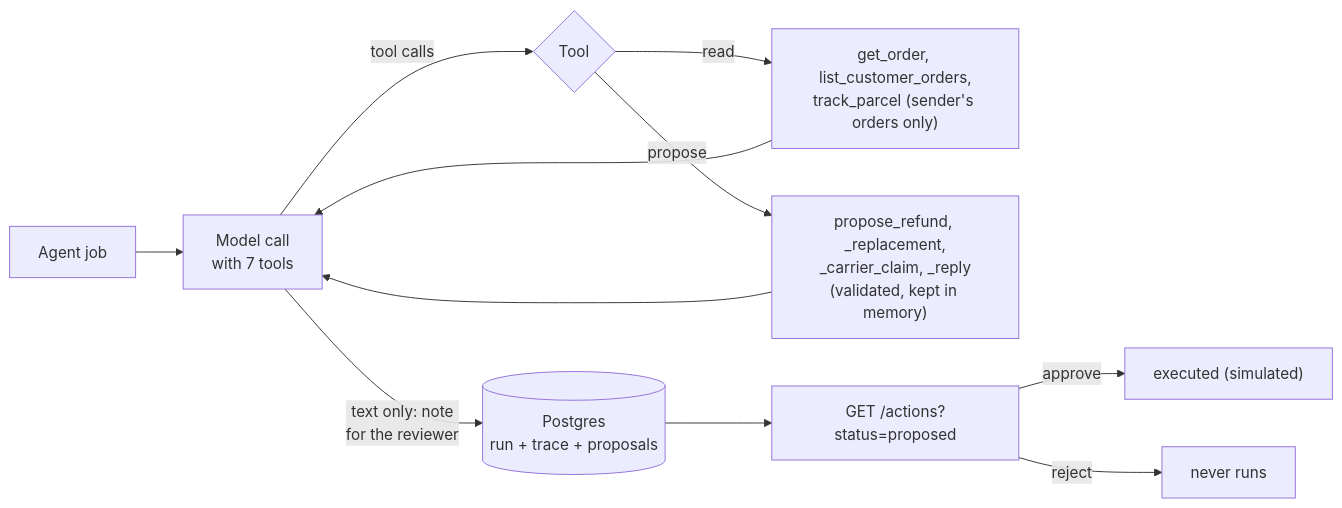
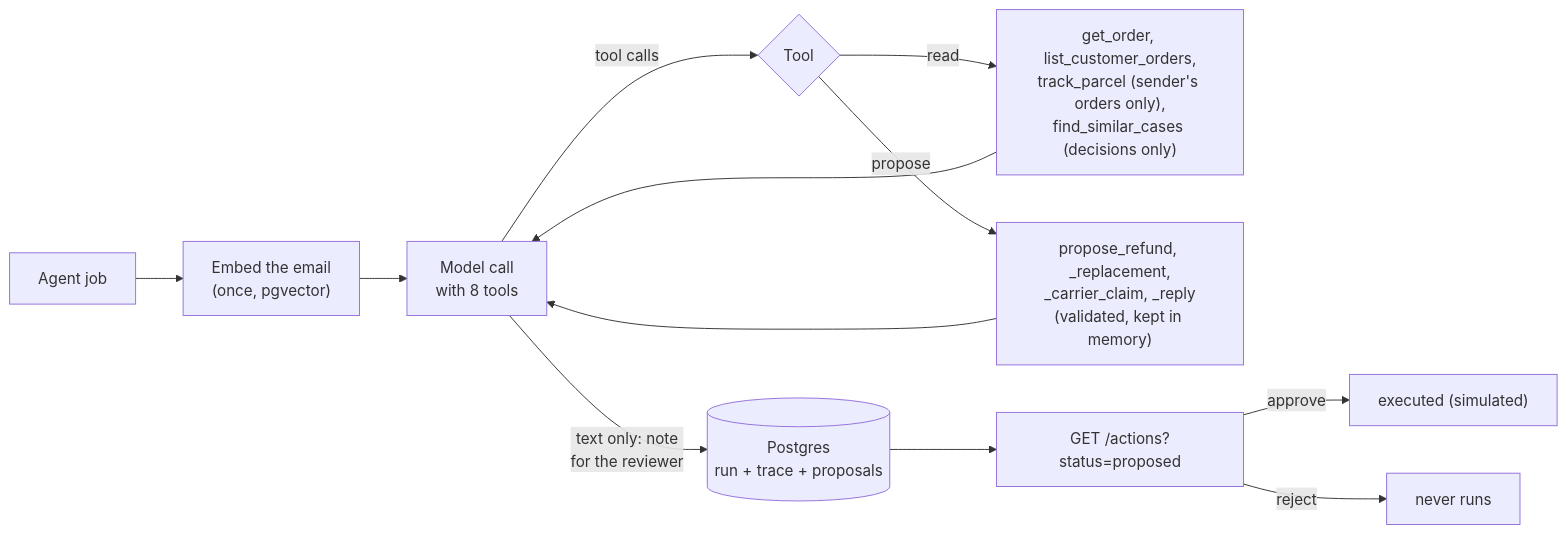
The third of 3 diagrams in README.md (djabirati/claimdesk), drawn with Mermaid before and after one commit. The commit also changed other lines of this file and 21 other files, not shown here.

````diff
--- a/README.md
+++ b/README.md
@@ -91,13 +92,14 @@
 ```mermaid
 flowchart LR
-    J[Agent job] --> M["Model call<br/>with 7 tools"]
+    J[Agent job] --> E["Embed the email<br/>(once, pgvector)"]
+    E --> M["Model call<br/>with 8 tools"]
     M -->|tool calls| T{"Tool"}
-    T -->|read| R["get_order, list_customer_orders,<br/>track_parcel (sender's orders only)"]
+    T -->|read| R["get_order, list_customer_orders,<br/>track_parcel (sender's orders only),<br/>find_similar_cases (decisions only)"]
     T -->|propose| P["propose_refund, _replacement,<br/>_carrier_claim, _reply<br/>(validated, kept in memory)"]
     R --> M
     P --> M
     M -->|"text only: note<br/>for the reviewer"| S[("Postgres<br/>run + trace + proposals")]
     S --> Q["GET /actions?status=proposed"]
     Q -->|approve| X["executed (simulated)"]
     Q -->|reject| N[never runs]
 ```
````
